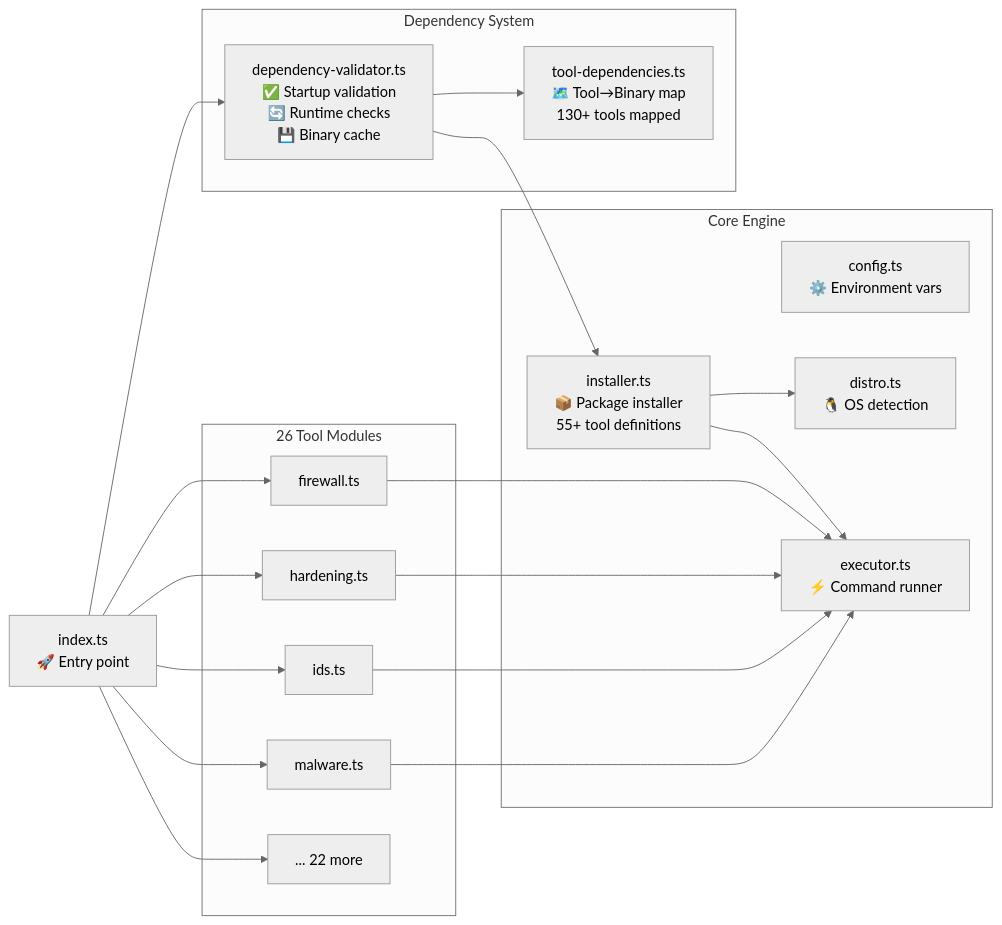
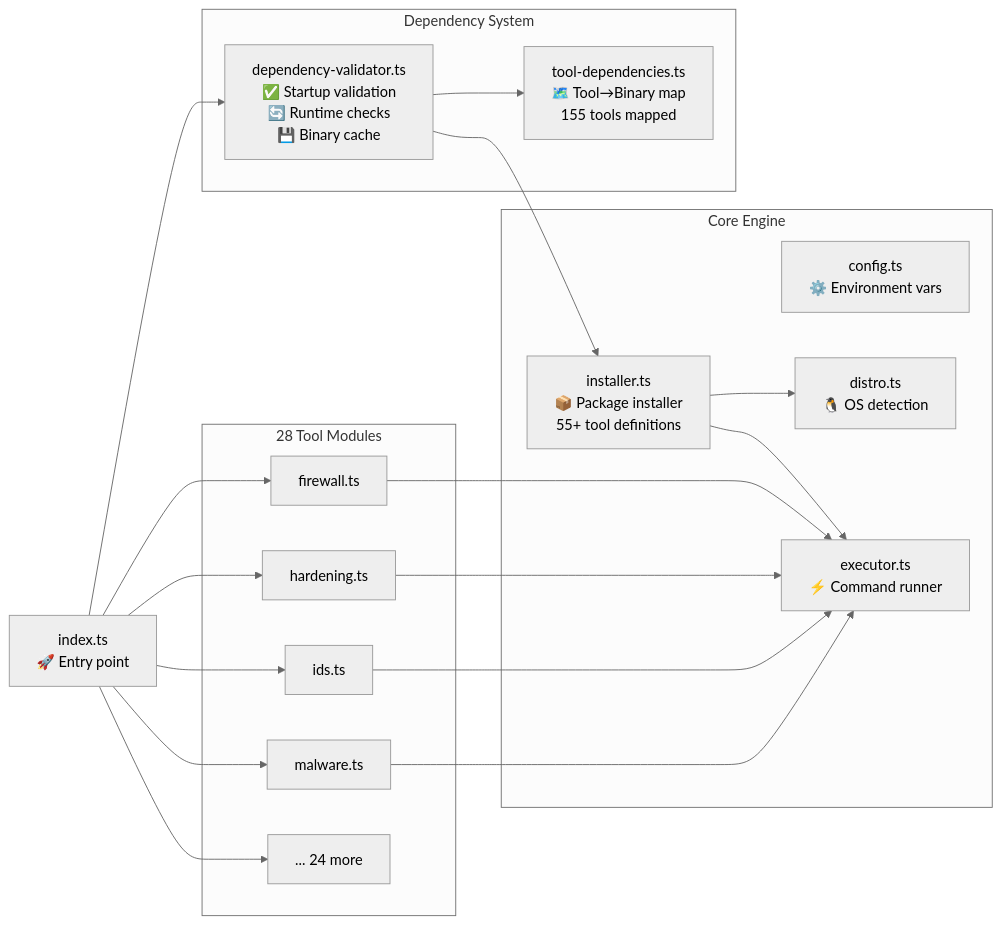
Before and after one commit to bottobot/defense-mcp-server: the second of 3 diagrams in README.md, drawn with Mermaid (neutral theme). The commit also changed other lines of this file, not shown here.

Commit message:
docs: Update README for v0.3.0 - 155 tools, 13 bug fixes, changelog

````diff
--- a/README.md
+++ b/README.md
@@ -65,37 +65,37 @@
 ```mermaid
 graph LR
     subgraph "Core Engine"
         CONFIG["config.ts<br/>⚙️ Environment vars"]
         DISTRO["distro.ts<br/>🐧 OS detection"]
         EXEC["executor.ts<br/>⚡ Command runner"]
         INSTALL["installer.ts<br/>📦 Package installer<br/>55+ tool definitions"]
     end
     
     subgraph "Dependency System"
-        DEPS["tool-dependencies.ts<br/>🗺️ Tool→Binary map<br/>130+ tools mapped"]
+        DEPS["tool-dependencies.ts<br/>🗺️ Tool→Binary map<br/>155 tools mapped"]
         VALID["dependency-validator.ts<br/>✅ Startup validation<br/>🔄 Runtime checks<br/>💾 Binary cache"]
     end
     
-    subgraph "26 Tool Modules"
+    subgraph "28 Tool Modules"
         FW["firewall.ts"]
         HARD["hardening.ts"]
         IDS["ids.ts"]
         MAL["malware.ts"]
-        DOT["... 22 more"]
+        DOT["... 24 more"]
     end
     
     INDEX["index.ts<br/>🚀 Entry point"] --> VALID
     VALID --> DEPS
     VALID --> INSTALL
     INSTALL --> DISTRO
     INSTALL --> EXEC
     INDEX --> FW
     INDEX --> HARD
     INDEX --> IDS
     INDEX --> MAL
     INDEX --> DOT
     FW --> EXEC
     HARD --> EXEC
     IDS --> EXEC
     MAL --> EXEC
 ```
````
